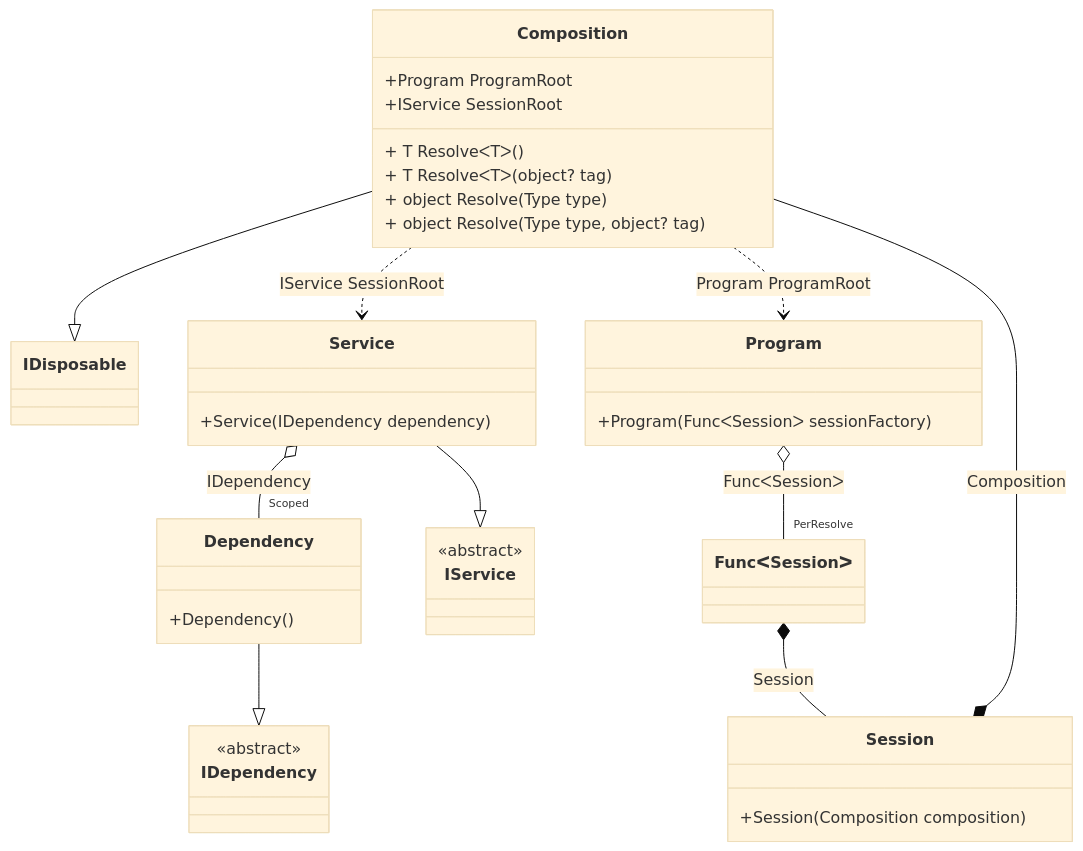
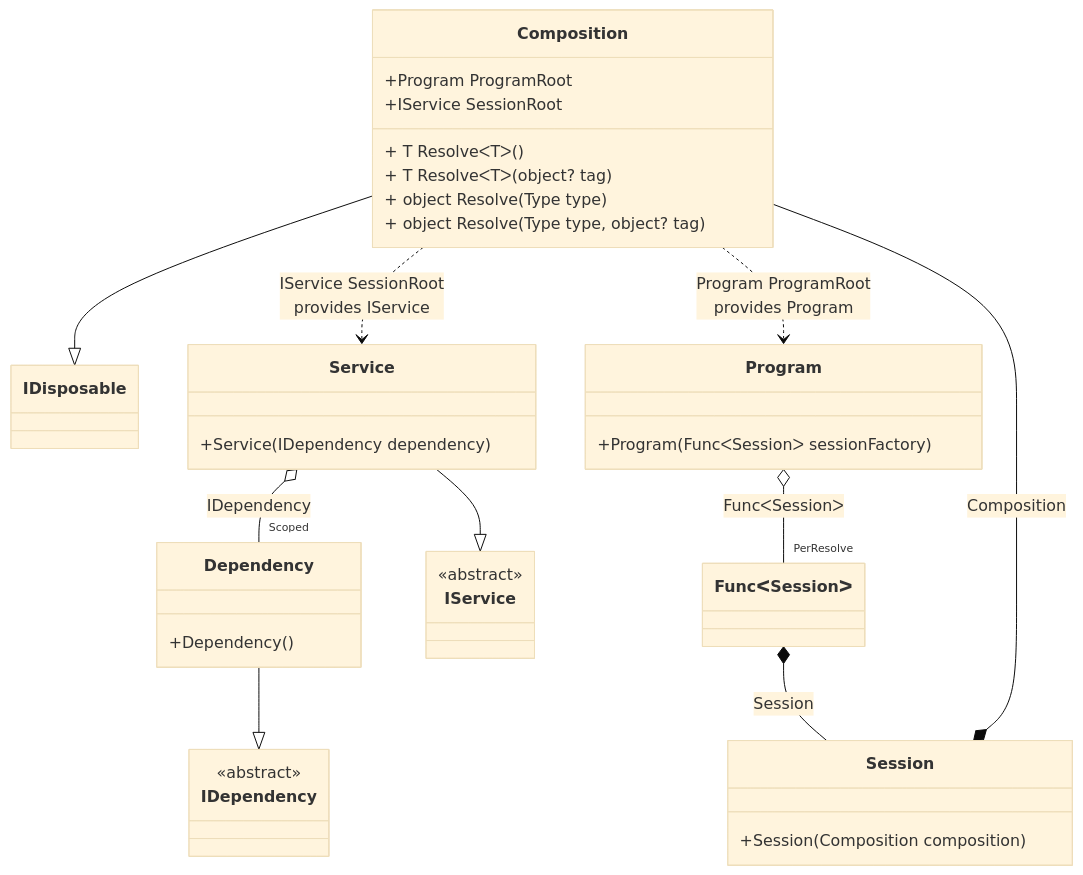
Before and after one commit to DevTeam/Pure.DI: the diagram in readme/scope.md, drawn with Mermaid (base theme). The commit also changed other lines of this file and 73 other files, not shown here.

````diff
--- a/readme/scope.md
+++ b/readme/scope.md
@@ -82,40 +82,40 @@
 ```mermaid
 classDiagram
   class Composition {
     +Program ProgramRoot
     +IService SessionRoot
     + T ResolveᐸTᐳ()
     + T ResolveᐸTᐳ(object? tag)
     + object Resolve(Type type)
     + object Resolve(Type type, object? tag)
   }
   Composition --|> IDisposable
   class Composition
   class Session {
     +Session(Composition composition)
   }
   class Program {
     +Program(FuncᐸSessionᐳ sessionFactory)
   }
   Dependency --|> IDependency : 
   class Dependency {
     +Dependency()
   }
   Service --|> IService : 
   class Service {
     +Service(IDependency dependency)
   }
   class FuncᐸSessionᐳ
   class IDependency {
     <<abstract>>
   }
   class IService {
     <<abstract>>
   }
   Session *--  Composition : Composition
   Program o--  "PerResolve" FuncᐸSessionᐳ : FuncᐸSessionᐳ
   Service o--  "Scoped" Dependency : IDependency
-  Composition ..> Service : IService SessionRoot
-  Composition ..> Program : Program ProgramRoot
+  Composition ..> Service : IService SessionRoot<br/>provides IService
+  Composition ..> Program : Program ProgramRoot<br/>provides Program
   FuncᐸSessionᐳ *--  Session : Session
 ```
````
